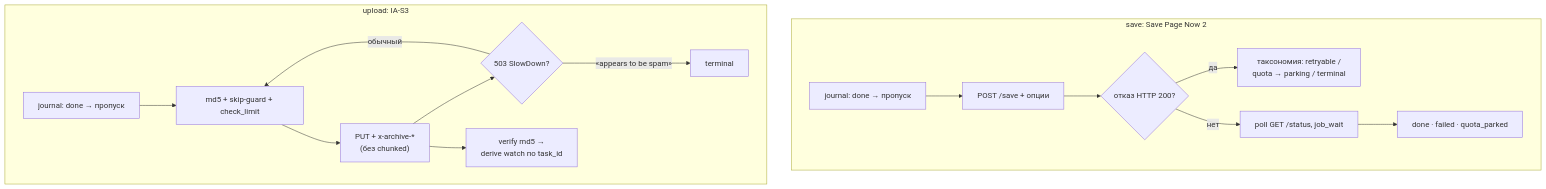
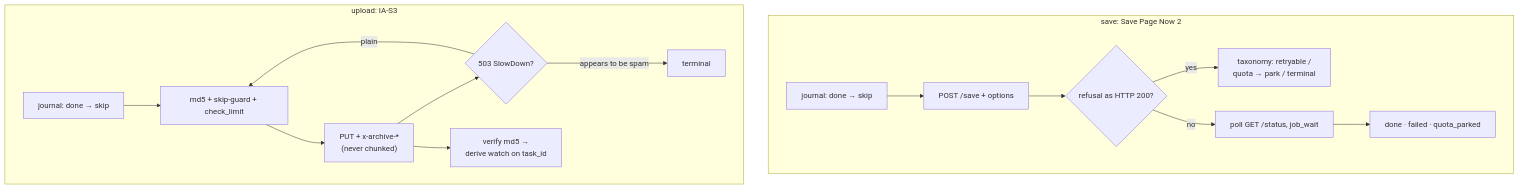
The diagram in README.md (4q4r/wauploader), drawn with Mermaid before and after one commit. The commit also changed other lines of this file, not shown here.

````diff
--- a/README.md
+++ b/README.md
@@ -309,19 +377,19 @@
 ```mermaid
 flowchart TB
     subgraph SAVE ["save: Save Page Now 2"]
-        S1[journal: done → пропуск] --> S2[POST /save + опции]
-        S2 --> S3{"отказ HTTP 200?"}
-        S3 -->|да| S4["таксономия: retryable /<br/>quota → parking / terminal"]
-        S3 -->|нет| S5[poll GET /status, job_wait]
+        S1[journal: done → skip] --> S2[POST /save + options]
+        S2 --> S3{"refusal as HTTP 200?"}
+        S3 -->|yes| S4["taxonomy: retryable /<br/>quota → park / terminal"]
+        S3 -->|no| S5[poll GET /status, job_wait]
         S5 --> S6[done · failed · quota_parked]
     end
 
     subgraph UPLOAD ["upload: IA-S3"]
-        U1[journal: done → пропуск] --> U2[md5 + skip-guard + check_limit]
-        U2 --> U3["PUT + x-archive-*<br/>(без chunked)"]
+        U1[journal: done → skip] --> U2[md5 + skip-guard + check_limit]
+        U2 --> U3["PUT + x-archive-*<br/>(never chunked)"]
         U3 --> U4{"503 SlowDown?"}
-        U4 -->|"«appears to be spam»"| U5[terminal]
-        U4 -->|обычный| U2
-        U3 --> U6["verify md5 →<br/>derive watch по task_id"]
+        U4 -->|"appears to be spam"| U5[terminal]
+        U4 -->|plain| U2
+        U3 --> U6["verify md5 →<br/>derive watch on task_id"]
     end
 ```
````
